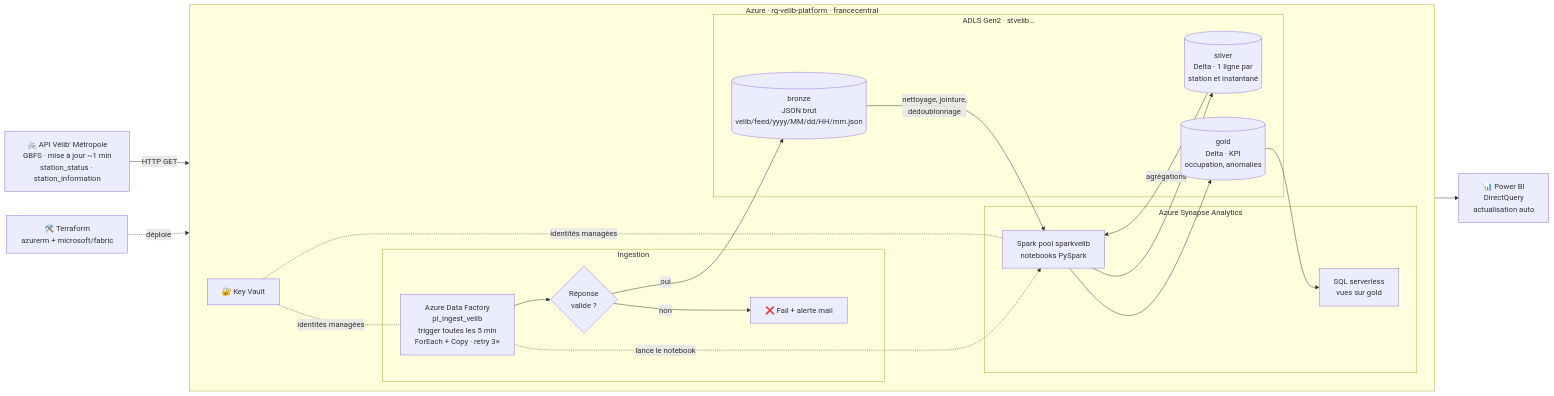
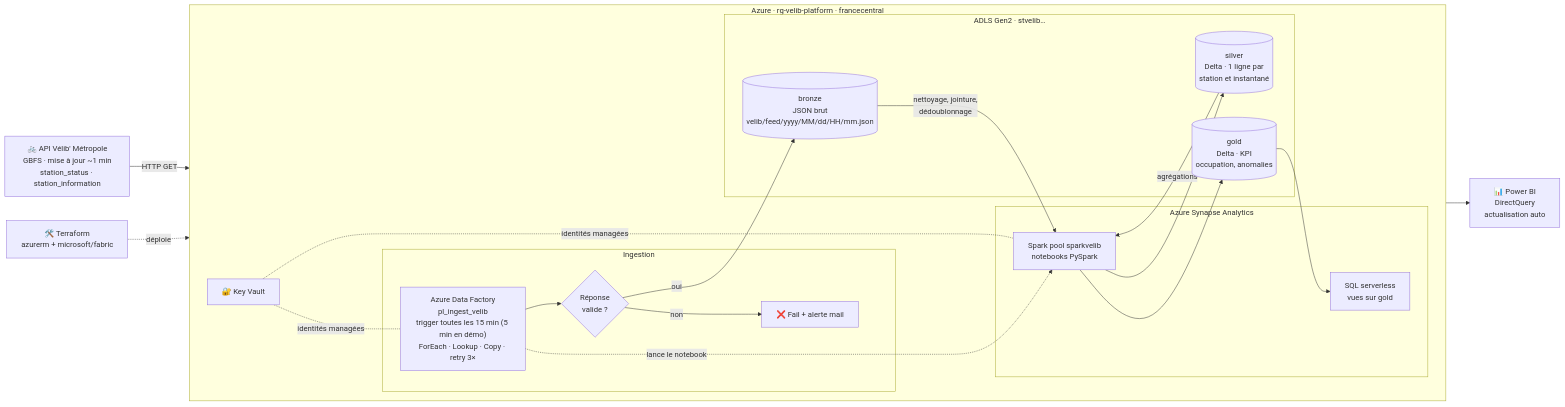
Before and after one commit to lambert-19/my_data_platform: the diagram in README.md, drawn with Mermaid. The commit also changed other lines of this file and 3 other files, not shown here.

````diff
--- a/README.md
+++ b/README.md
@@ -9,46 +9,46 @@
 ```mermaid
 flowchart LR
     src["🚲 API Vélib' Métropole<br/>GBFS · mise à jour ~1 min<br/>station_status · station_information"]
 
     subgraph azure["Azure · rg-velib-platform · francecentral"]
         direction LR
 
         subgraph ingest["Ingestion"]
-            adf["Azure Data Factory<br/>pl_ingest_velib<br/>trigger toutes les 5 min<br/>ForEach + Copy · retry 3×"]
+            adf["Azure Data Factory<br/>pl_ingest_velib<br/>trigger toutes les 15 min (5 min en démo)<br/>ForEach · Lookup · Copy · retry 3×"]
             check{"Réponse<br/>valide ?"}
             alert["❌ Fail + alerte mail"]
         end
 
         subgraph lake["ADLS Gen2 · stvelib…"]
             bronze[("bronze<br/>JSON brut<br/>velib/feed/yyyy/MM/dd/HH/mm.json")]
             silver[("silver<br/>Delta · 1 ligne par<br/>station et instantané")]
             gold[("gold<br/>Delta · KPI<br/>occupation, anomalies")]
         end
 
         subgraph synapse["Azure Synapse Analytics"]
             spark["Spark pool sparkvelib<br/>notebooks PySpark"]
             sql["SQL serverless<br/>vues sur gold"]
         end
 
         kv["🔐 Key Vault"]
     end
 
     pbi["📊 Power BI<br/>DirectQuery<br/>actualisation auto"]
     tf["🛠️ Terraform<br/>azurerm + microsoft/fabric"]
 
     src -- "HTTP GET" --> adf
     adf --> check
     check -- "oui" --> bronze
     check -- "non" --> alert
     adf -. "lance le notebook" .-> spark
     bronze -- "nettoyage, jointure,<br/>dédoublonnage" --> spark
     spark --> silver
     silver -- "agrégations" --> spark
     spark --> gold
     gold --> sql
     sql --> pbi
 
     kv -. "identités managées" .- adf
     kv -. "identités managées" .- spark
     tf -. "déploie" .-> azure
 ```
````
